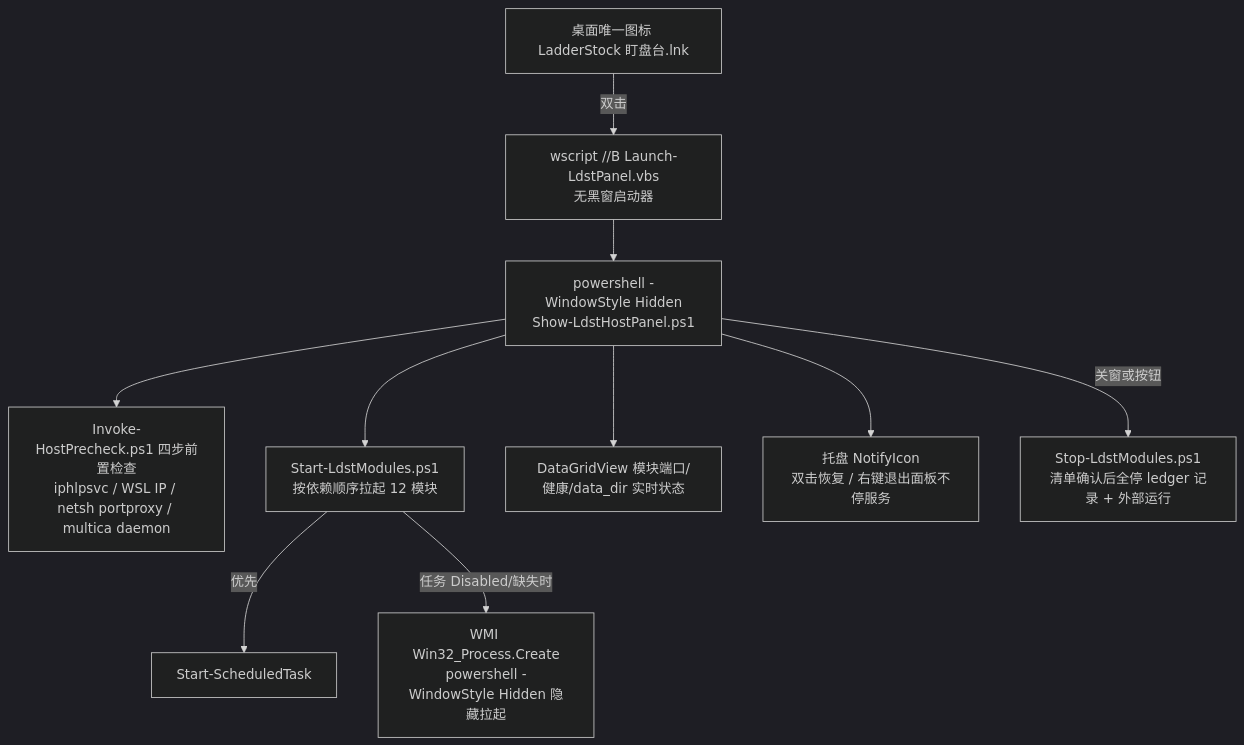
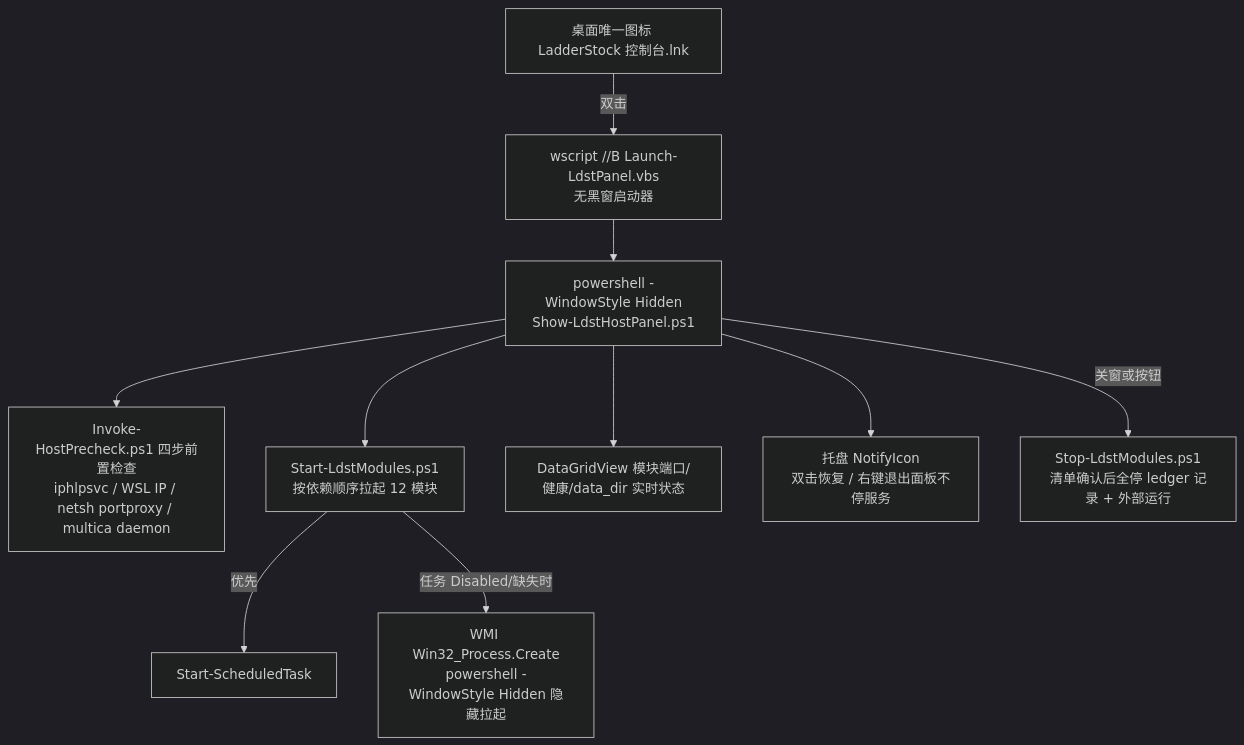
The diagram in ops/host/README.md (QuotaFuse-ai/LadderStock), drawn with Mermaid (dark theme) before and after one commit.

Commit message:
QUOT-483: README 桌面图标名对齐现场实测（LadderStock 控制台.lnk）

````diff
--- a/ops/host/README.md
+++ b/ops/host/README.md
@@ -8,12 +8,12 @@
 ```mermaid
 flowchart TD
-    Icon[桌面唯一图标 LadderStock 盯盘台.lnk] -->|双击| Vbs[wscript //B Launch-LdstPanel.vbs<br/>无黑窗启动器]
+    Icon[桌面唯一图标 LadderStock 控制台.lnk] -->|双击| Vbs[wscript //B Launch-LdstPanel.vbs<br/>无黑窗启动器]
     Vbs --> Panel[powershell -WindowStyle Hidden<br/>Show-LdstHostPanel.ps1]
     Panel --> Pre[Invoke-HostPrecheck.ps1 四步前置检查<br/>iphlpsvc / WSL IP / netsh portproxy / multica daemon]
     Panel --> Start[Start-LdstModules.ps1<br/>按依赖顺序拉起 12 模块]
     Start -->|优先| Task[Start-ScheduledTask]
     Start -->|任务 Disabled/缺失时| Wmi[WMI Win32_Process.Create<br/>powershell -WindowStyle Hidden 隐藏拉起]
     Panel --> Grid[DataGridView 模块端口/健康/data_dir 实时状态]
     Panel --> Tray[托盘 NotifyIcon<br/>双击恢复 / 右键退出面板不停服务]
     Panel -->|关窗或按钮| Stop[Stop-LdstModules.ps1<br/>清单确认后全停 ledger 记录 + 外部运行]
 ```
````
